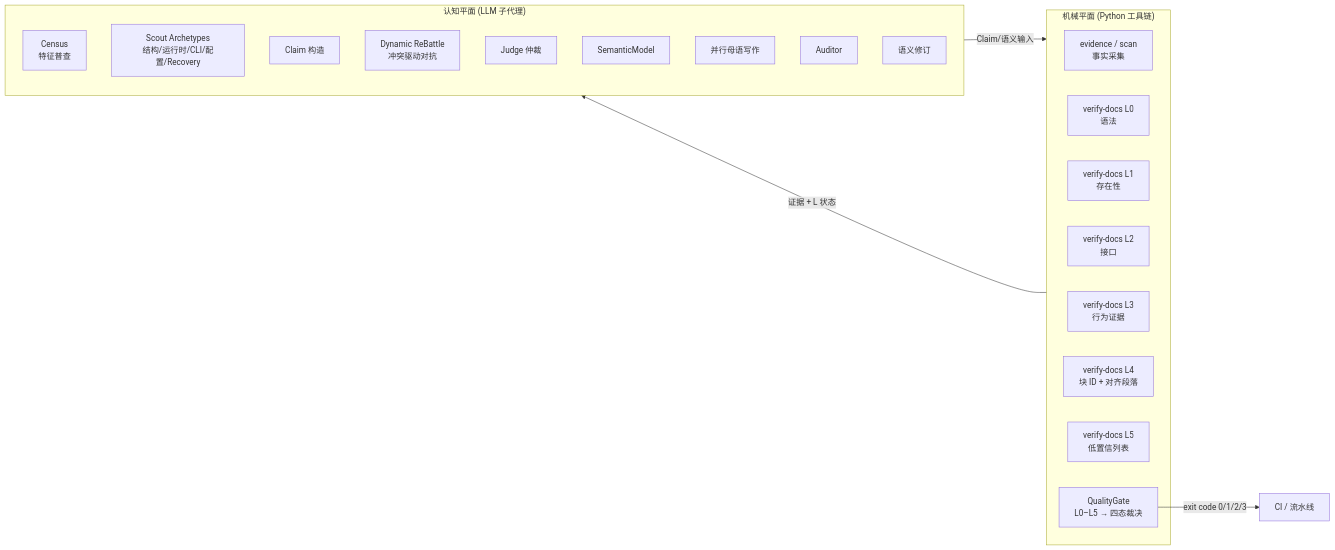
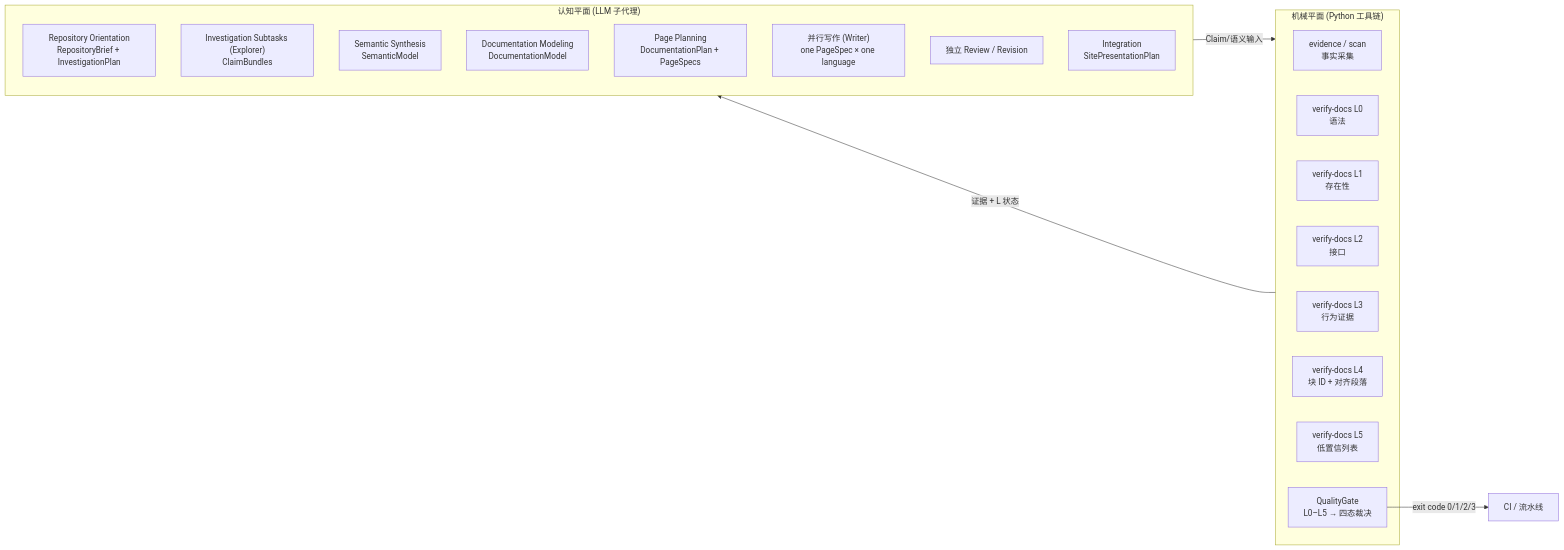
One commit to somnifex/MakeWiki.skills changed the diagram in README.md. Above: the diagram before and after it, drawn with Mermaid. The commit also changed other lines of this file and 5 other files, not shown here.

````diff
--- a/README.md
+++ b/README.md
@@ -134,29 +135,28 @@
 ```mermaid
 flowchart LR
     subgraph Cognitive["认知平面 (LLM 子代理)"]
-        Census["Census<br/>特征普查"]
-        Scout["Scout Archetypes<br/>结构/运行时/CLI/配置/Recovery"]
-        Claims["Claim 构造"]
-        ReB["Dynamic ReBattle<br/>冲突驱动对抗"]
-        Judge["Judge 仲裁"]
-        Model["SemanticModel"]
-        Writers["并行母语写作"]
-        Audit["Auditor"]
-        Revise["语义修订"]
+        Orient["Repository Orientation<br/>RepositoryBrief + InvestigationPlan"]
+        Explorers["Investigation Subtasks (Explorer)<br/>ClaimBundles"]
+        Synth["Semantic Synthesis<br/>SemanticModel"]
+        DocModel["Documentation Modeling<br/>DocumentationModel"]
+        Pages["Page Planning<br/>DocumentationPlan + PageSpecs"]
+        Writers["并行写作 (Writer)<br/>one PageSpec × one language"]
+        Review["独立 Review / Revision"]
+        Integ["Integration<br/>SitePresentationPlan"]
     end
 
     subgraph Mechanical["机械平面 (Python 工具链)"]
         Evid["evidence / scan<br/>事实采集"]
         V0["verify-docs L0<br/>语法"]
         V1["verify-docs L1<br/>存在性"]
         V2["verify-docs L2<br/>接口"]
         V3["verify-docs L3<br/>行为证据"]
         V4["verify-docs L4<br/>块 ID + 对齐段落"]
         V5["verify-docs L5<br/>低置信列表"]
         QG["QualityGate<br/>L0–L5 → 四态裁决"]
     end
 
     Cognitive -->|Claim/语义输入| Mechanical
     Mechanical -->|证据 + L 状态| Cognitive
     QG -->|exit code 0/1/2/3| CI[CI / 流水线]
 ```
````
